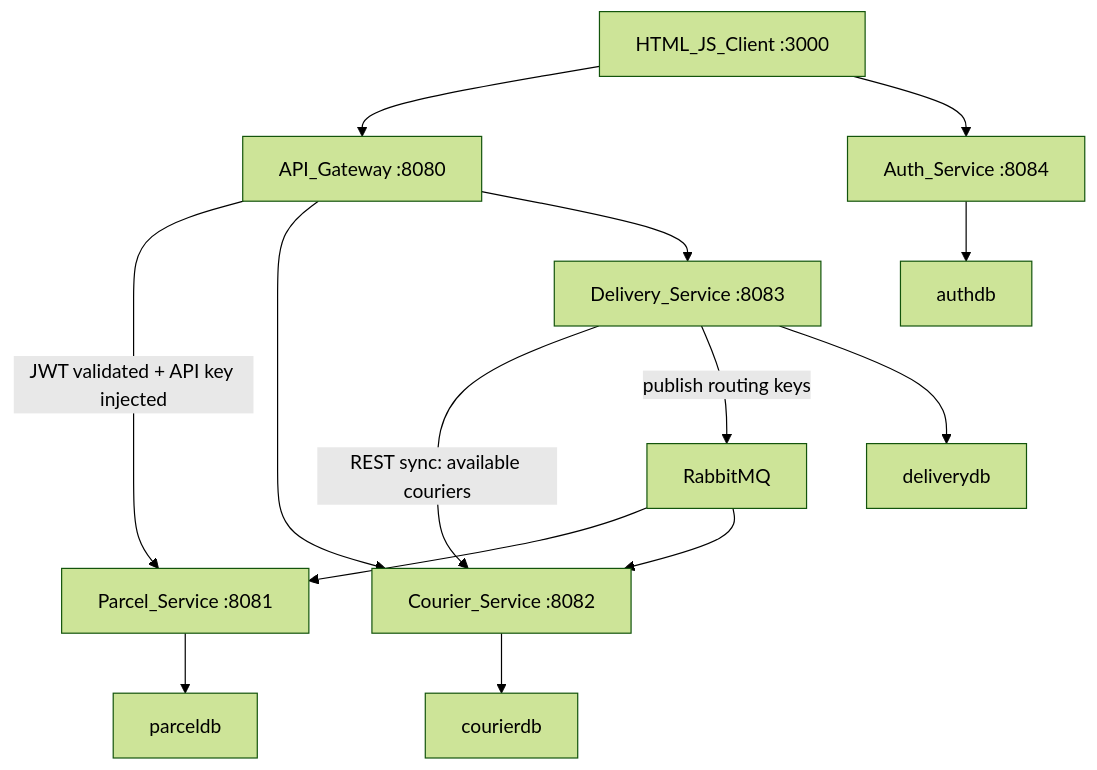
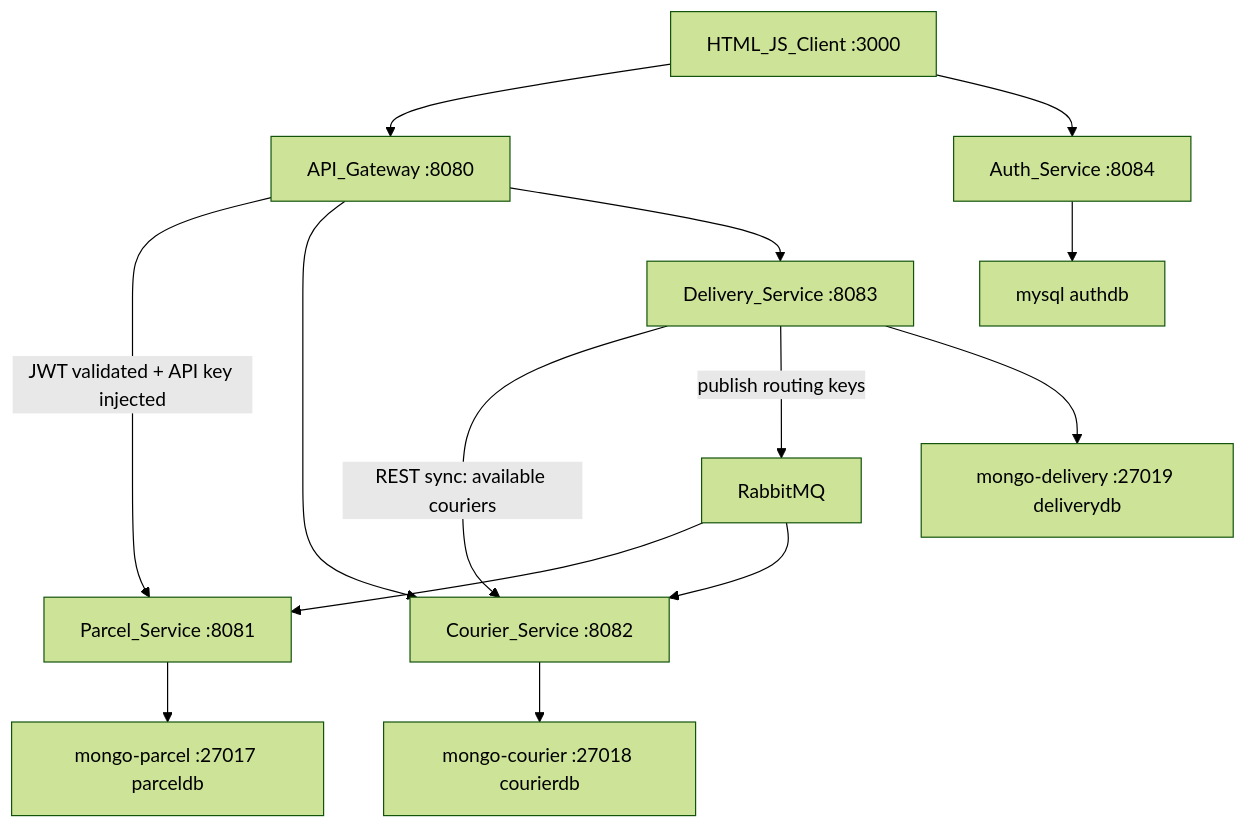
The diagram in README.md (PIU2003/delivery-service), drawn with Mermaid (forest theme) before and after one commit. The commit also changed other lines of this file and 6 other files, not shown here.

````diff
--- a/README.md
+++ b/README.md
@@ -7,16 +7,16 @@
 ```mermaid
 flowchart TB
   Client["HTML_JS_Client :3000"] --> Gateway["API_Gateway :8080"]
   Client --> Auth["Auth_Service :8084"]
   Gateway -->|"JWT validated + API key injected"| Parcel["Parcel_Service :8081"]
   Gateway --> Courier["Courier_Service :8082"]
   Gateway --> Delivery["Delivery_Service :8083"]
   Delivery -->|"REST sync: available couriers"| Courier
   Delivery -->|"publish routing keys"| RabbitMQ["RabbitMQ"]
   RabbitMQ --> Parcel
   RabbitMQ --> Courier
-  Parcel --> ParcelDB["parceldb"]
-  Courier --> CourierDB["courierdb"]
-  Delivery --> DeliveryDB["deliverydb"]
-  Auth --> AuthDB["authdb"]
+  Parcel --> MongoParcel["mongo-parcel :27017 parceldb"]
+  Courier --> MongoCourier["mongo-courier :27018 courierdb"]
+  Delivery --> MongoDelivery["mongo-delivery :27019 deliverydb"]
+  Auth --> AuthDB["mysql authdb"]
 ```
````
